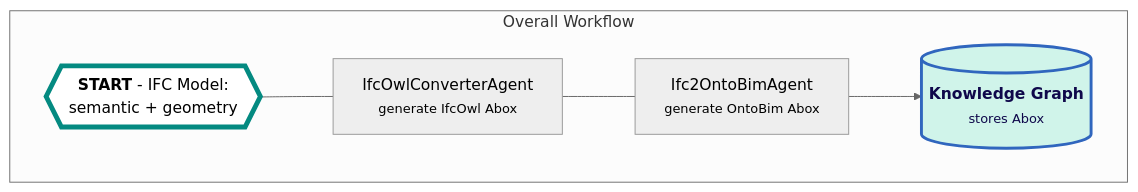
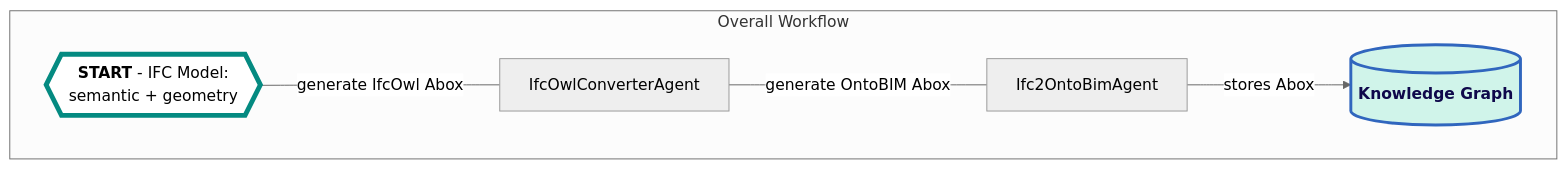
The diagram in Agents/IfcOwlConverterAgent/README.md (cambridge-cares/TheWorldAvatar), drawn with Mermaid before and after one commit. The commit also changed other lines of this file, not shown here.

Commit message:
dev-ifcowl-converter-agent: Updated README

````diff
--- a/Agents/IfcOwlConverterAgent/README.md
+++ b/Agents/IfcOwlConverterAgent/README.md
@@ -6,12 +6,13 @@
 ```mermaid
     %%{init: {'theme':'neutral', 'fontFamily':'verdana'}}%%
     flowchart LR
     subgraph Overall Workflow
         direction LR
-        id1{{<b>START</b> - IFC Model: <br> semantic + geometry}}:::start --- id2[IfcOwlConverterAgent<br><small>generate IfcOwl Abox</small>] 
-        --- id3[Ifc2OntoBimAgent<br><small>generate OntoBim Abox</small>] 
-        --> id4[(<b>Knowledge Graph</b><br><small>stores Abox</small>)]:::db
+        id1{{<b>START</b> - IFC Model: <br> semantic + geometry}}:::start --- 
+        |generate IfcOwl Abox|id2[IfcOwlConverterAgent] 
+        --- |generate OntoBIM Abox|id3[Ifc2OntoBimAgent] 
+        --> |stores Abox|id4[(<b>Knowledge Graph</b>)]:::db
     end
     classDef start fill:#fff,stroke:#048A81,stroke-width:5px;
     classDef db fill:#D0F4EA,stroke:#3066BE,stroke-width:3px, color:#0F084B;
 ```
````
